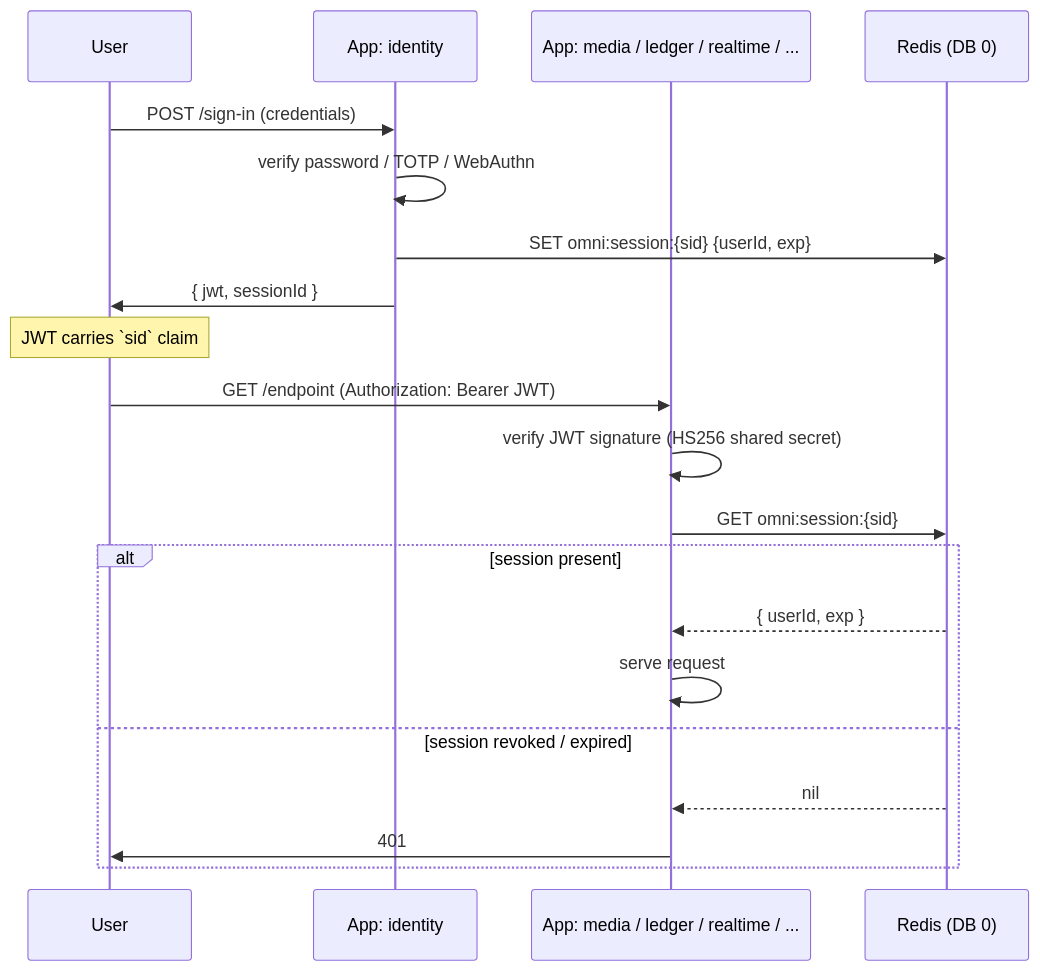
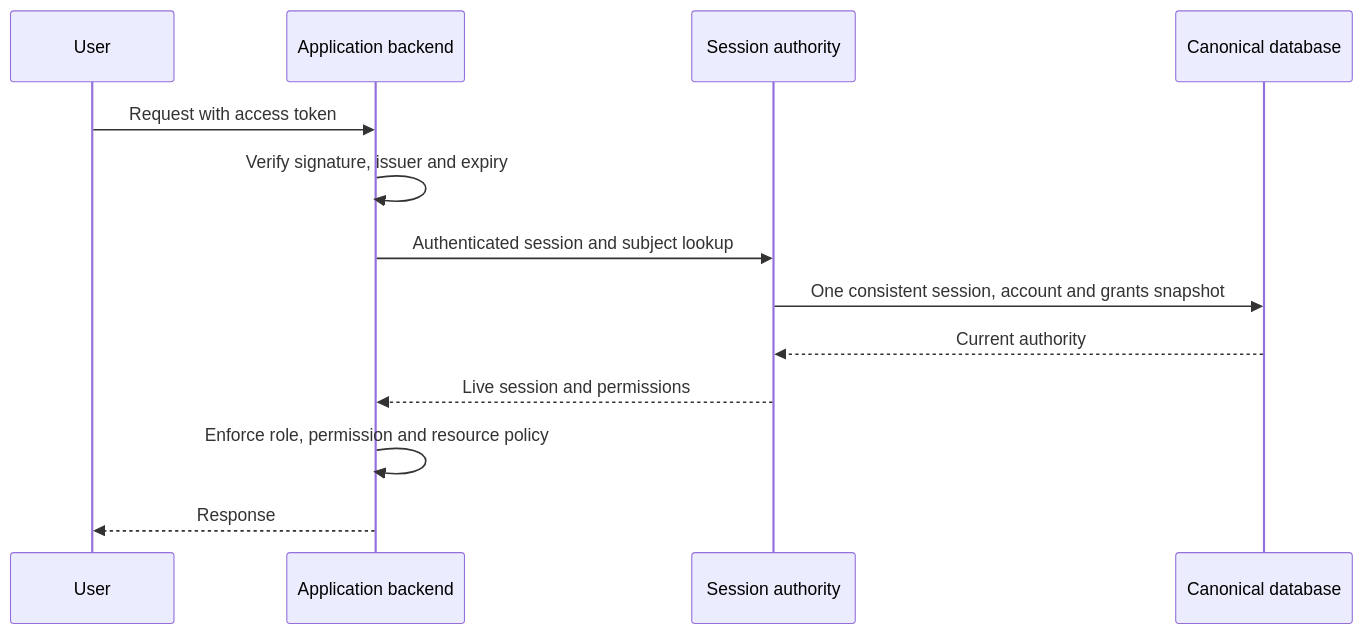
Before and after one commit to omnitron-dev/website: the first of 2 diagrams in docs/omnitron/auth-rbac.md, drawn with Mermaid. The commit also changed other lines of this file and 4 other files, not shown here.

Commit message:
docs: specify canonical authority and live RPC admission

````diff
--- a/docs/omnitron/auth-rbac.md
+++ b/docs/omnitron/auth-rbac.md
@@ -71,24 +76,15 @@
 ```mermaid
 sequenceDiagram
   participant U as User
-  participant Auth as App: identity
-  participant Other as App: media / ledger / realtime / ...
-  participant Redis as Redis (DB 0)
-
-  U->>Auth: POST /sign-in (credentials)
-  Auth->>Auth: verify password / TOTP / WebAuthn
-  Auth->>Redis: SET omni:session:{sid} {userId, exp}
-  Auth->>U: { jwt, sessionId }
-  Note over U: JWT carries `sid` claim
-
-  U->>Other: GET /endpoint (Authorization: Bearer JWT)
-  Other->>Other: verify JWT signature (HS256 shared secret)
-  Other->>Redis: GET omni:session:{sid}
-  alt session present
-    Redis-->>Other: { userId, exp }
-    Other->>Other: serve request
-  else session revoked / expired
-    Redis-->>Other: nil
-    Other->>U: 401
-  end
+  participant App as Application backend
+  participant Auth as Session authority
+  participant DB as Canonical database
+  U->>App: Request with access token
+  App->>App: Verify signature, issuer and expiry
+  App->>Auth: Authenticated session and subject lookup
+  Auth->>DB: One consistent session, account and grants snapshot
+  DB-->>Auth: Current authority
+  Auth-->>App: Live session and permissions
+  App->>App: Enforce role, permission and resource policy
+  App-->>U: Response
 ```
````
